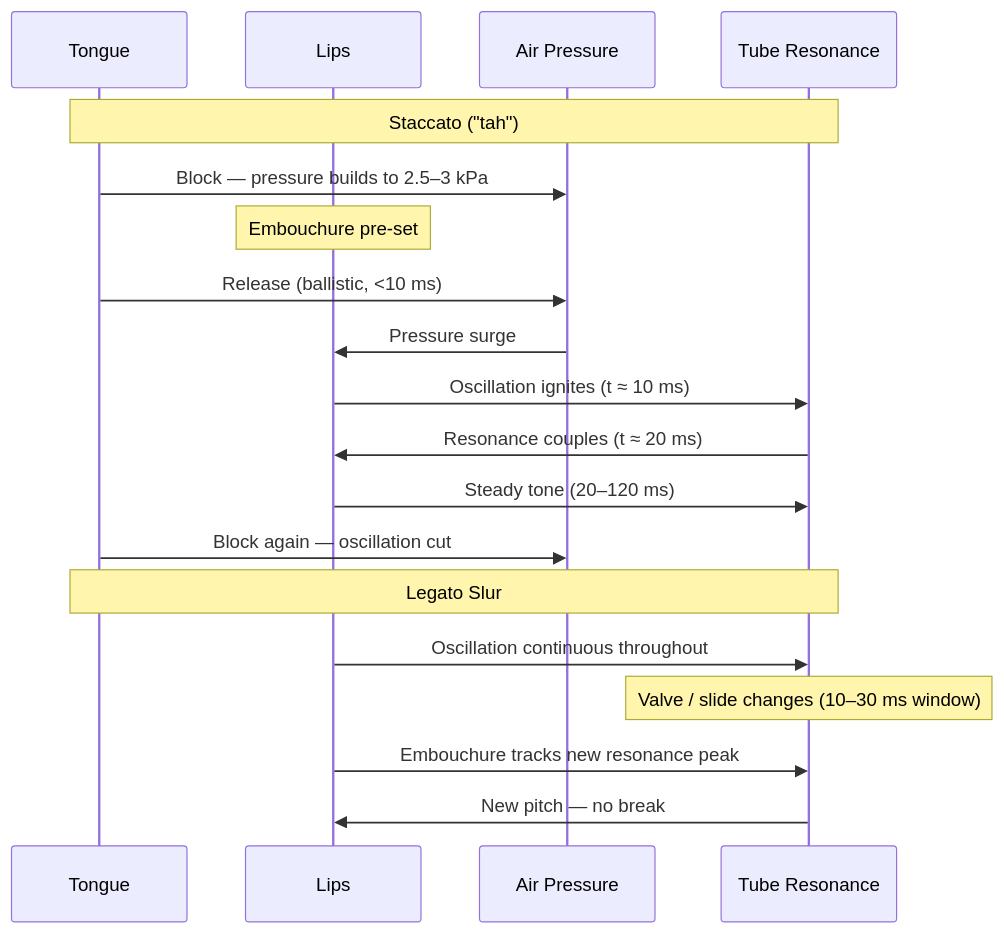
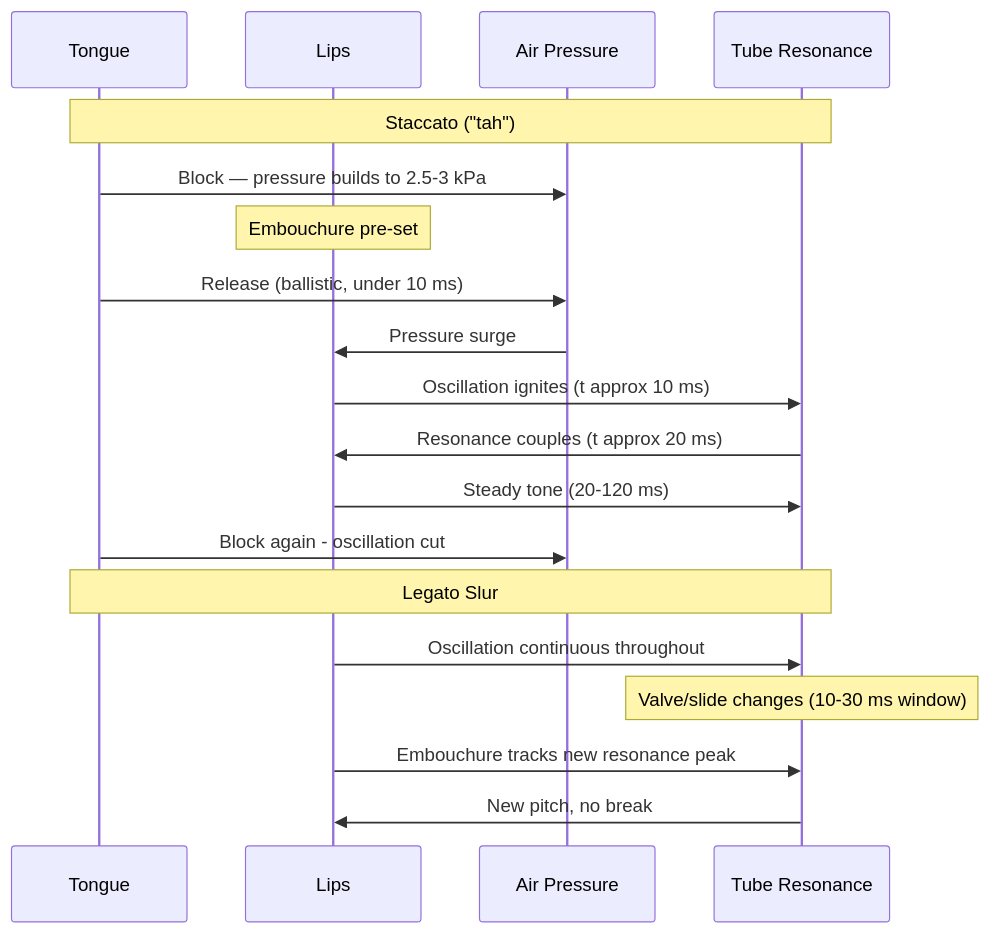
Before and after one commit to blebleblee/synapse: the second of 4 diagrams in topics/arts/music_performance/brass/lesson_02_articulation_and_vibrato.md, drawn with Mermaid. The commit also changed other lines of this file and 4 other files, not shown here.

````diff
--- a/topics/arts/music_performance/brass/lesson_02_articulation_and_vibrato.md
+++ b/topics/arts/music_performance/brass/lesson_02_articulation_and_vibrato.md
@@ -65,23 +62,23 @@
 ```mermaid
 sequenceDiagram
     participant T as Tongue
     participant L as Lips
     participant P as Air Pressure
     participant R as Tube Resonance
 
     Note over T,R: Staccato ("tah")
-    T->>P: Block — pressure builds to 2.5–3 kPa
+    T->>P: Block — pressure builds to 2.5-3 kPa
     Note over L: Embouchure pre-set
-    T->>P: Release (ballistic, <10 ms)
+    T->>P: Release (ballistic, under 10 ms)
     P->>L: Pressure surge
-    L->>R: Oscillation ignites (t ≈ 10 ms)
-    R->>L: Resonance couples (t ≈ 20 ms)
-    L->>R: Steady tone (20–120 ms)
-    T->>P: Block again — oscillation cut
+    L->>R: Oscillation ignites (t approx 10 ms)
+    R->>L: Resonance couples (t approx 20 ms)
+    L->>R: Steady tone (20-120 ms)
+    T->>P: Block again - oscillation cut
 
     Note over T,R: Legato Slur
     L->>R: Oscillation continuous throughout
-    Note over R: Valve / slide changes (10–30 ms window)
+    Note over R: Valve/slide changes (10-30 ms window)
     L->>R: Embouchure tracks new resonance peak
-    R->>L: New pitch — no break
+    R->>L: New pitch, no break
 ```
````
